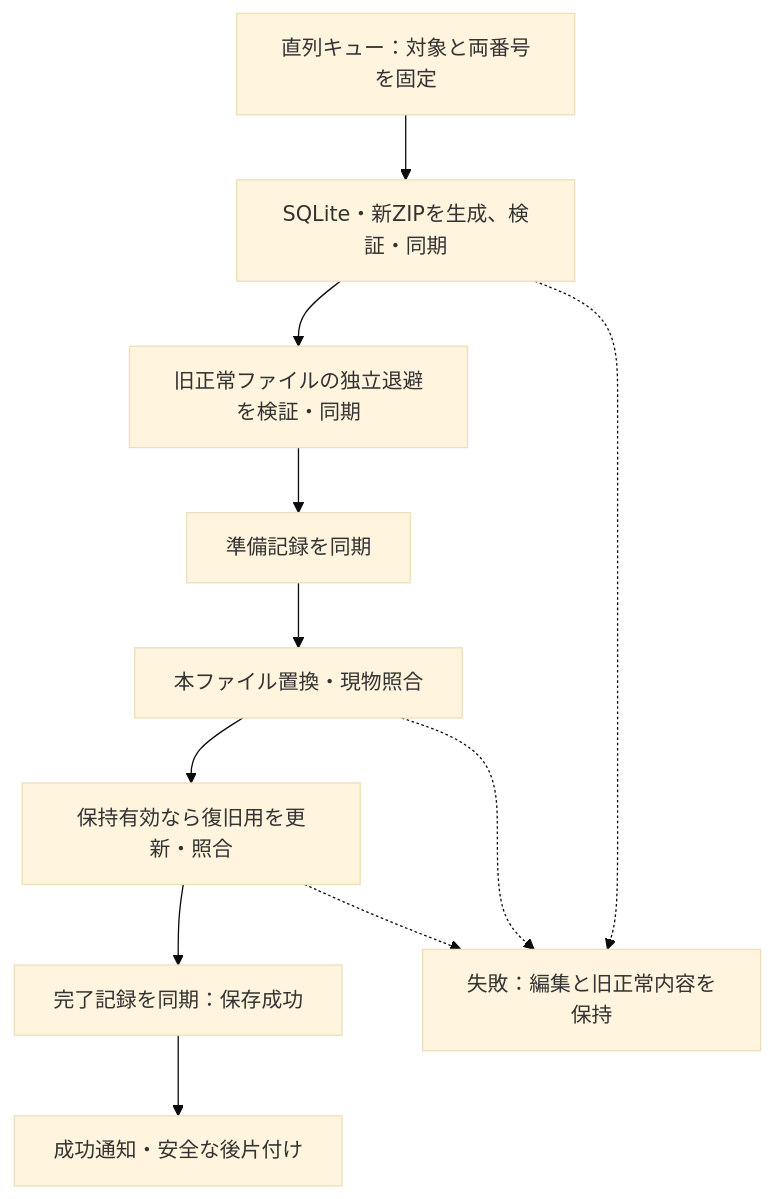
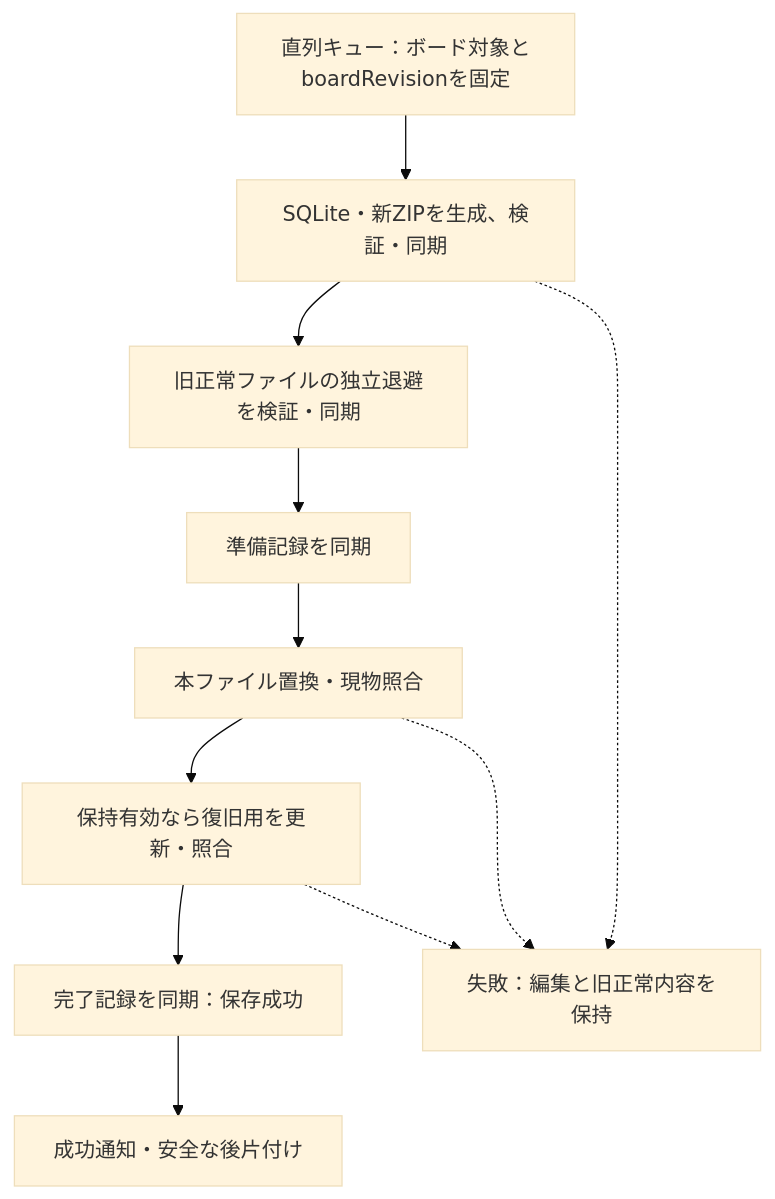
Before and after one commit to myzkkzy/reference-app: the diagram in docs/product-design/non-functional-design/cross-cutting/DES-041-save-integrity-and-recovery.md, drawn with Mermaid (base theme). The commit also changed other lines of this file and 209 other files, not shown here.

````diff
--- a/docs/product-design/non-functional-design/cross-cutting/DES-041-save-integrity-and-recovery.md
+++ b/docs/product-design/non-functional-design/cross-cutting/DES-041-save-integrity-and-recovery.md
@@ -17,13 +17,13 @@
 ```mermaid
 flowchart TD
-    A["直列キュー：対象と両番号を固定"] --> B["SQLite・新ZIPを生成、検証・同期"]
+    A["直列キュー：ボード対象とboardRevisionを固定"] --> B["SQLite・新ZIPを生成、検証・同期"]
     B --> C["旧正常ファイルの独立退避を検証・同期"]
     C --> D["準備記録を同期"]
     D --> E["本ファイル置換・現物照合"]
     E --> F["保持有効なら復旧用を更新・照合"]
     F --> G["完了記録を同期：保存成功"]
     G --> H["成功通知・安全な後片付け"]
     B -.-> X["失敗：編集と旧正常内容を保持"]
     E -.-> X
     F -.-> X
 ```
````
